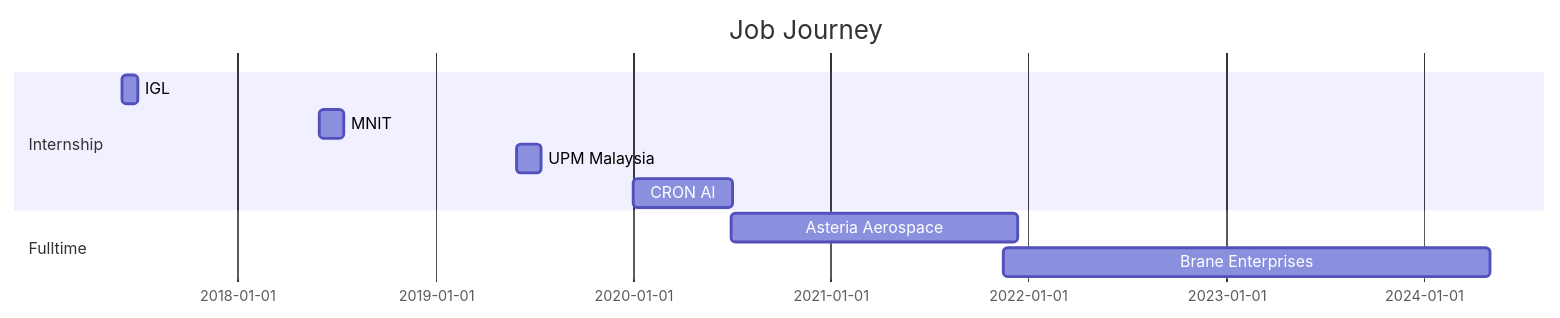
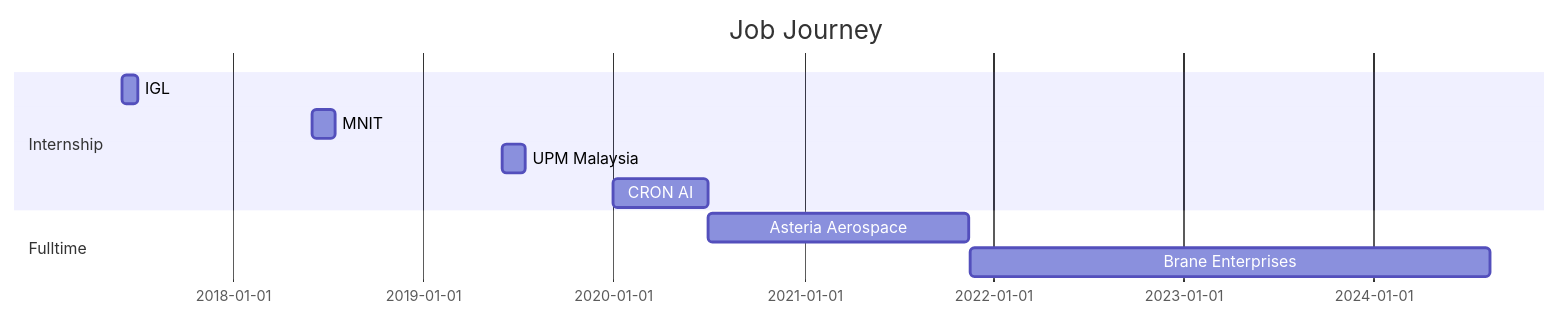
The diagram in docs/jobs/jobs.md (harshmittal2210/just-the-docs), drawn with Mermaid before and after one commit. The commit also changed other lines of this file and 2 other files, not shown here.

Commit message:
Remove Git Docs

````diff
--- a/docs/jobs/jobs.md
+++ b/docs/jobs/jobs.md
@@ -24,13 +24,13 @@
 ```mermaid
 gantt
     title Job Journey
     dateFormat  YYYY-MM-DD
     section Internship
     IGL           :a1, 2017-06-01, 30d
     MNIT          :a2, 2018-06-01, 45d
     UPM Malaysia  :2019-06-01,45d
     CRON AI       :2020-01-01,183d
     section Fulltime
-    Asteria Aerospace      :b1, 2020-07-1  , 530d
-    Brane Enterprises      :b2, 2021-11-15 , 900d
+    Asteria Aerospace      :b1, 2020-07-1  , 500d
+    Brane Enterprises      :b2, 2021-11-15 , 1000d
 ```
````
